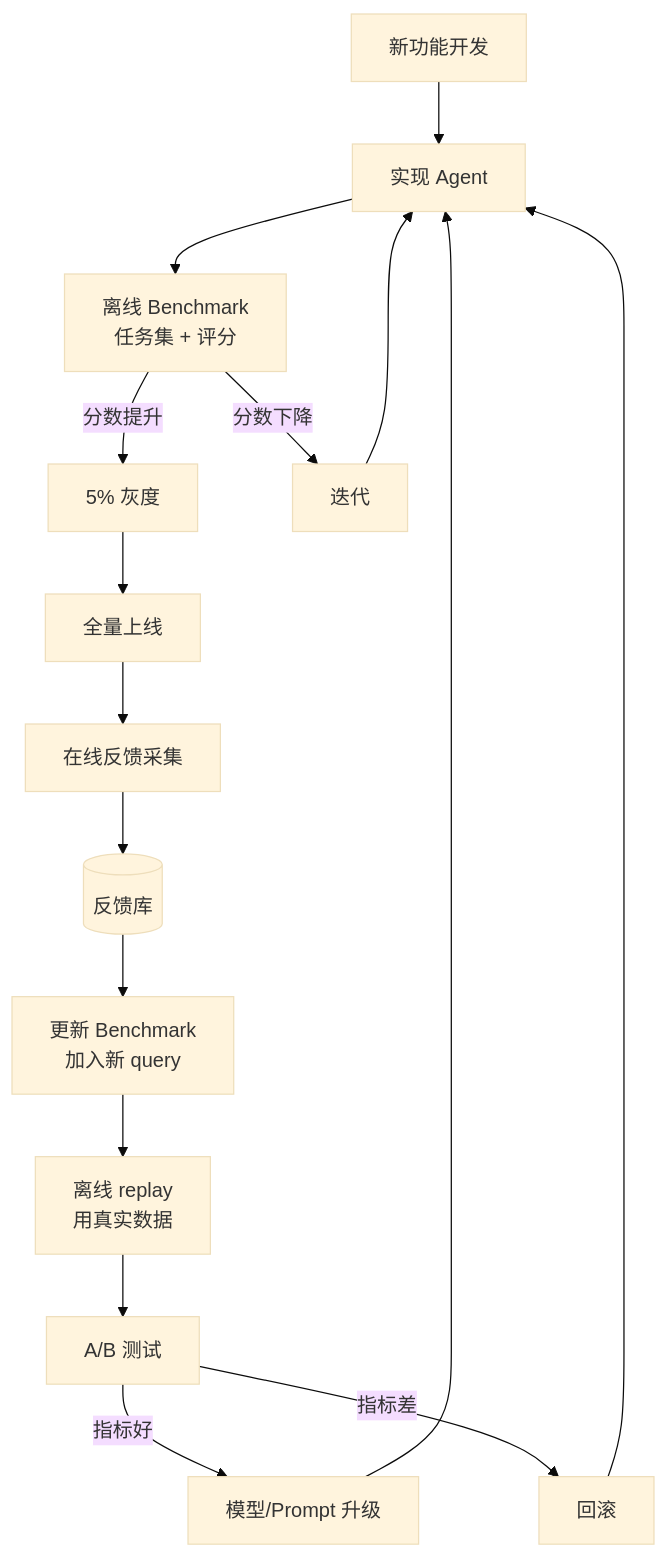
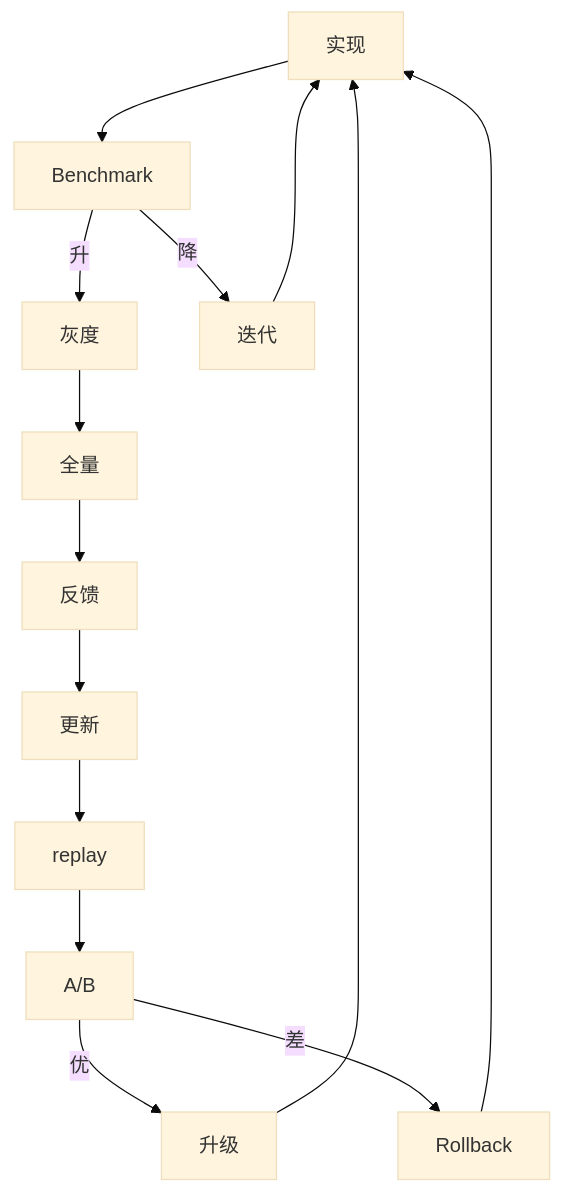
Before and after one commit to Mr-Super-X/agent-app-dev: the fourth of 4 diagrams in docs/production/02-evaluation.md, drawn with Mermaid (base theme). The commit also changed other lines of this file and 6 other files, not shown here.

````diff
--- a/docs/production/02-evaluation.md
+++ b/docs/production/02-evaluation.md
@@ -174,18 +101,16 @@
 ```mermaid
 flowchart TD
-    Start[新功能开发] --> Dev[实现 Agent]
-    Dev --> Bench[离线 Benchmark<br/>任务集 + 评分]
-    Bench -->|分数提升| Canary[5% 灰度]
-    Bench -->|分数下降| Iter1[迭代]
-    Canary --> Prod[全量上线]
-    Prod --> Collect[在线反馈采集]
-    Collect --> DB[(反馈库)]
-    DB --> Update[更新 Benchmark<br/>加入新 query]
-    Update --> Replay[离线 replay<br/>用真实数据]
-    Replay --> AB[A/B 测试]
-    AB -->|指标好| Upgrade[模型/Prompt 升级]
-    AB -->|指标差| Rollback[回滚]
+    Dev[实现] --> Bench[Benchmark]
+    Bench -->|升| Canary[灰度]
+    Bench -->|降| Iter[迭代]
+    Canary --> Prod[全量]
+    Prod --> Collect[反馈]
+    Collect --> Update[更新]
+    Update --> Replay[replay]
+    Replay --> AB[A/B]
+    AB -->|优| Upgrade[升级]
+    AB -->|差| Rollback
     Upgrade --> Dev
-    Iter1 --> Dev
     Rollback --> Dev
+    Iter --> Dev
 ```
````
